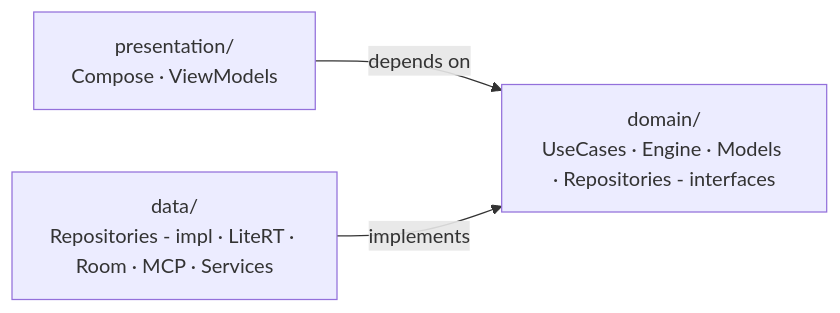
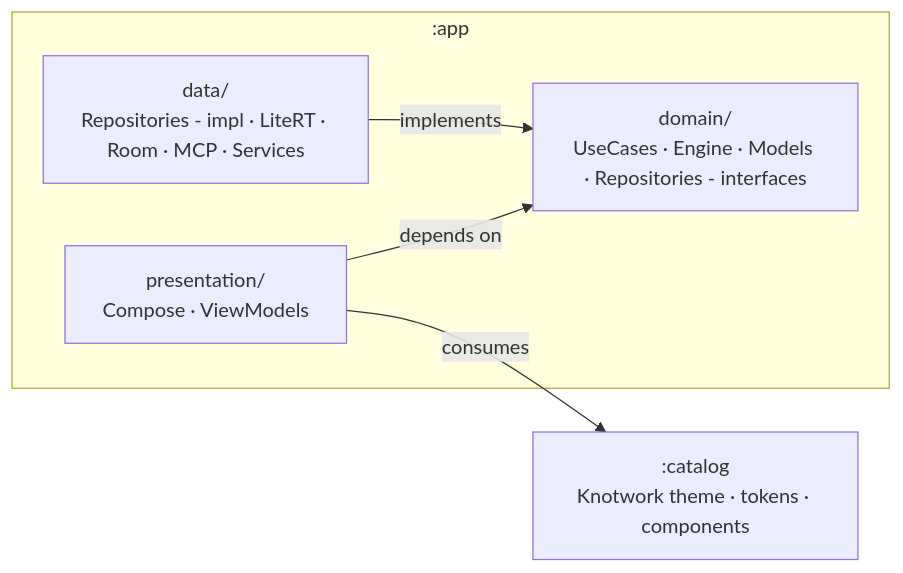
One commit to alexeyw/PersonalAndroidAIAgent changed the first of 3 diagrams in docs/architecture.md. Above: the diagram before and after it, drawn with Mermaid. The commit also changed other lines of this file and 18 other files, not shown here.

````diff
--- a/docs/architecture.md
+++ b/docs/architecture.md
@@ -31,9 +44,13 @@
 ```mermaid
 flowchart LR
-    Presentation[presentation/<br/>Compose · ViewModels]
-    Domain[domain/<br/>UseCases · Engine · Models · Repositories - interfaces]
-    Data[data/<br/>Repositories - impl · LiteRT · Room · MCP · Services]
+    subgraph App[":app"]
+        Presentation[presentation/<br/>Compose · ViewModels]
+        Domain[domain/<br/>UseCases · Engine · Models · Repositories - interfaces]
+        Data[data/<br/>Repositories - impl · LiteRT · Room · MCP · Services]
+    end
+    Catalog[":catalog<br/>Knotwork theme · tokens · components"]
 
     Presentation -->|depends on| Domain
     Data -->|implements| Domain
+    Presentation -->|consumes| Catalog
 ```
````
